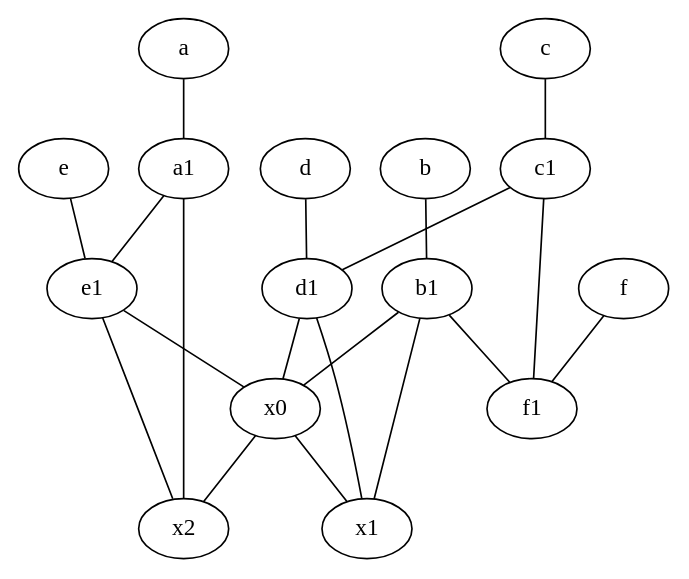
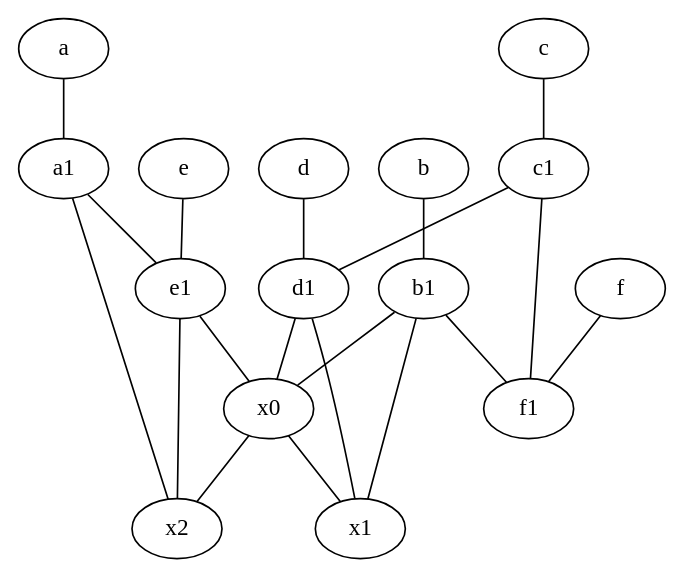
The diagram in results_deter/inf.dot (anisabnis/graph_inference), drawn with Graphviz before and after one commit. The commit also changed other lines of this file and 927 other files, not shown here.

```diff
--- a/results_deter/inf.dot
+++ b/results_deter/inf.dot
@@ -1,37 +1,37 @@
 graph {
 	node [labelfontsize=50]
+	d1 [labelfontsize=50 pos="3,5!"]
+	b1 [labelfontsize=50 pos="9,4!"]
+	a [labelfontsize=50 pos="8,2!"]
+	f1 [labelfontsize=50 pos="3,8!"]
+	a1 [labelfontsize=50 pos="8,3!"]
+	x0 [labelfontsize=50]
+	e1 [labelfontsize=50 pos="7,7!"]
+	x2 [labelfontsize=50]
 	x1 [labelfontsize=50]
-	a [labelfontsize=50 pos="8,2!"]
-	d1 [labelfontsize=50 pos="3,5!"]
+	e [labelfontsize=50 pos="7,9!"]
+	b [labelfontsize=50 pos="10,4!"]
 	d [labelfontsize=50 pos="2,5!"]
+	c [labelfontsize=50 pos="4.5,2!"]
 	c1 [labelfontsize=50 pos="4.5,3!"]
-	e [labelfontsize=50 pos="7,9!"]
-	f1 [labelfontsize=50 pos="3,8!"]
-	b [labelfontsize=50 pos="10,4!"]
-	x0 [labelfontsize=50]
-	c [labelfontsize=50 pos="4.5,2!"]
-	e1 [labelfontsize=50 pos="7,7!"]
-	b1 [labelfontsize=50 pos="9,4!"]
-	x2 [labelfontsize=50]
 	f [labelfontsize=50 pos="3,9!"]
-	a1 [labelfontsize=50 pos="8,3!"]
+	b1 -- x1
+	c1 -- d1
+	f -- f1
+	c -- c1
+	d -- d1
+	a1 -- e1
+	b1 -- f1
+	d1 -- x0
+	b -- b1
 	e -- e1
+	x0 -- x2
 	b1 -- x0
-	b1 -- f1
-	d -- d1
+	e1 -- x0
 	a -- a1
+	e1 -- x2
+	x0 -- x1
 	d1 -- x1
-	c1 -- d1
-	b1 -- x1
-	b -- b1
-	e1 -- x2
-	a1 -- e1
+	a1 -- x2
 	c1 -- f1
-	d1 -- x0
-	a1 -- x2
-	f -- f1
-	x0 -- x2
-	c -- c1
-	x0 -- x1
-	e1 -- x0
 }
```
